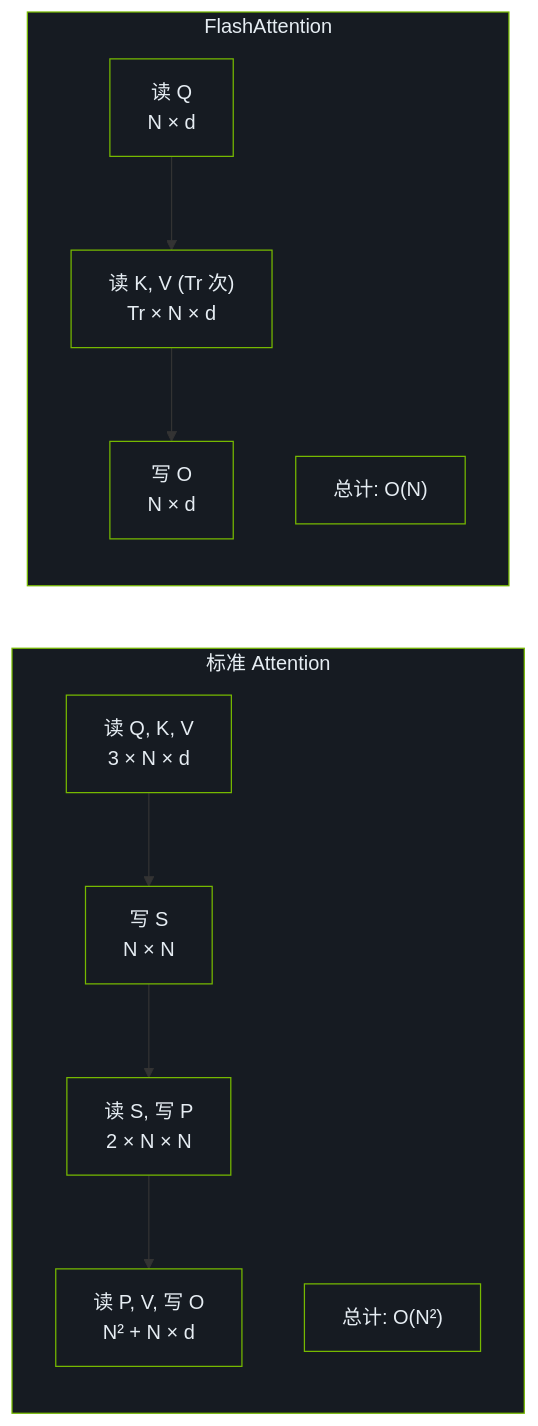
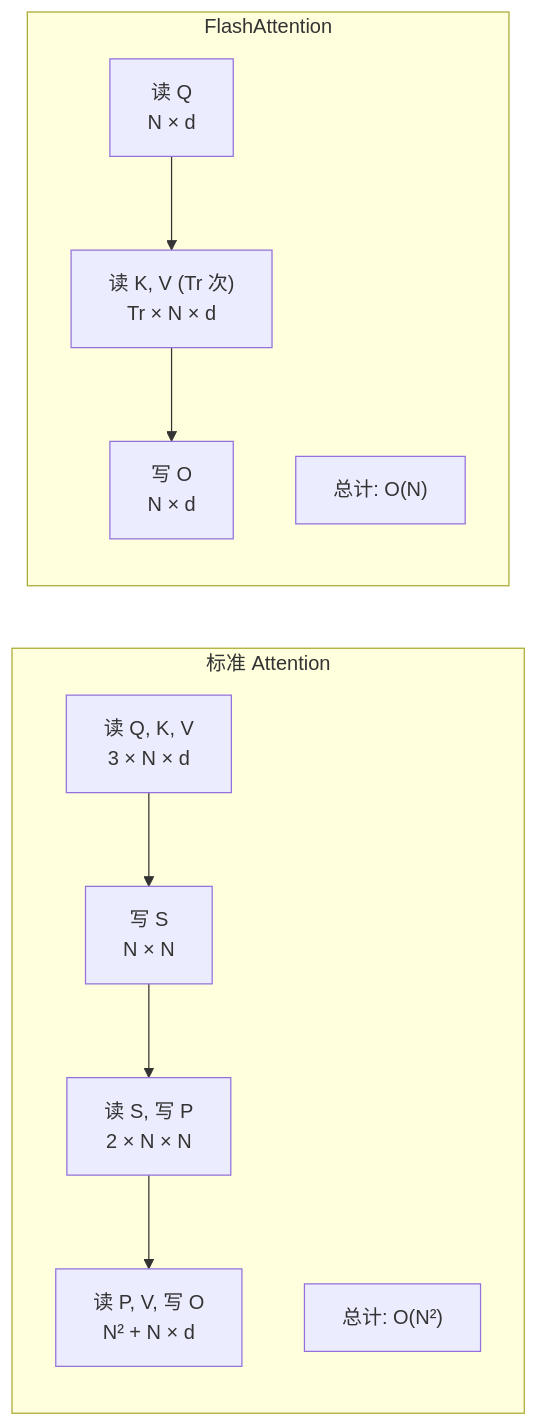
Before and after one commit to LessUp/cuda-kernel-academy: the fourth of 4 diagrams in docs/zh/modules/03/flash-attention.md, drawn with Mermaid. The commit also changed other lines of this file and 45 other files, not shown here.

````diff
--- a/docs/zh/modules/03/flash-attention.md
+++ b/docs/zh/modules/03/flash-attention.md
@@ -202,24 +194,13 @@
 ```mermaid
 flowchart LR
     subgraph Std["标准 Attention"]
         S0["读 Q, K, V<br/>3 × N × d"] --> S1["写 S<br/>N × N"] --> S2["读 S, 写 P<br/>2 × N × N"] --> S3["读 P, V, 写 O<br/>N² + N × d"]
         S_note["总计: O(N²)"]
     end
 
     subgraph FA["FlashAttention"]
         F0["读 Q<br/>N × d"] --> F1["读 K, V (Tr 次)<br/>Tr × N × d"] --> F2["写 O<br/>N × d"]
         F_note["总计: O(N)"]
     end
 
-    style Std fill:#161b22,stroke:#76B900,color:#e6edf3
-    style FA fill:#161b22,stroke:#76B900,color:#e6edf3
-    style S0 fill:#161b22,stroke:#76B900,color:#e6edf3
-    style S1 fill:#161b22,stroke:#76B900,color:#e6edf3
-    style S2 fill:#161b22,stroke:#76B900,color:#e6edf3
-    style S3 fill:#161b22,stroke:#76B900,color:#e6edf3
-    style S_note fill:#161b22,stroke:#76B900,color:#e6edf3
-    style F0 fill:#161b22,stroke:#76B900,color:#e6edf3
-    style F1 fill:#161b22,stroke:#76B900,color:#e6edf3
-    style F2 fill:#161b22,stroke:#76B900,color:#e6edf3
-    style F_note fill:#161b22,stroke:#76B900,color:#e6edf3
 ```
````
